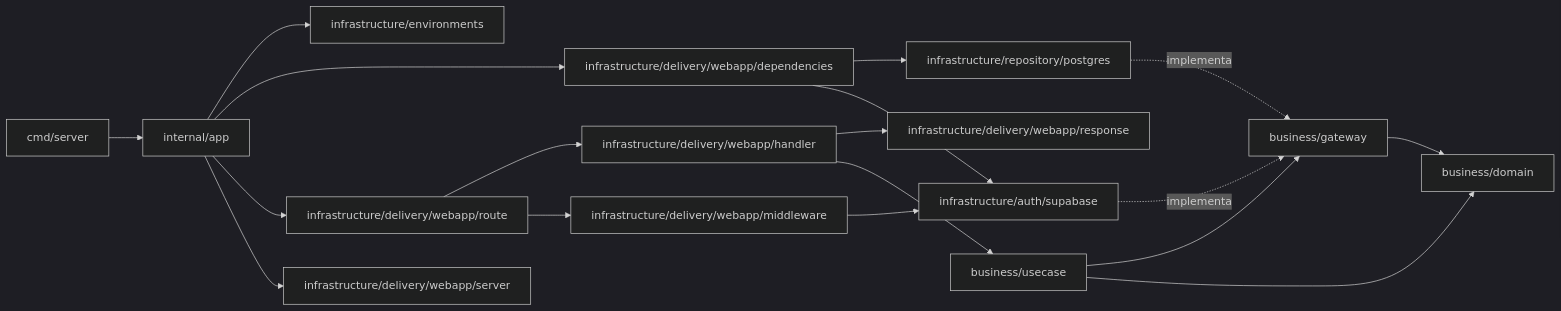
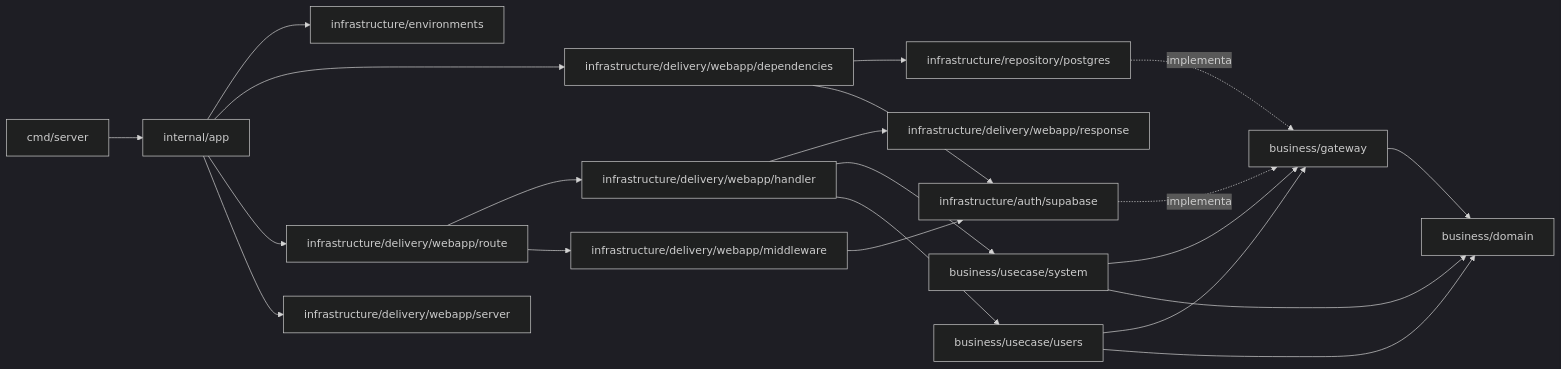
Before and after one commit to LoteoApp/LoteosAPP: the second of 2 diagrams in docs/architecture.md, drawn with Mermaid (dark theme). The commit also changed other lines of this file and 43 other files, not shown here.

````diff
--- a/docs/architecture.md
+++ b/docs/architecture.md
@@ -134,20 +162,23 @@
 ```mermaid
 flowchart LR
     main["cmd/server"] --> app["internal/app"]
     app --> environments["infrastructure/environments"]
     app --> deps["infrastructure/delivery/webapp/dependencies"]
     app --> route["infrastructure/delivery/webapp/route"]
     app --> server["infrastructure/delivery/webapp/server"]
     deps --> repo["infrastructure/repository/postgres"]
     deps --> supabase["infrastructure/auth/supabase"]
     route --> handler["infrastructure/delivery/webapp/handler"]
     route --> middleware["infrastructure/delivery/webapp/middleware"]
     middleware --> supabase
     handler --> response["infrastructure/delivery/webapp/response"]
-    handler --> usecase["business/usecase"]
+    handler --> usecaseSystem["business/usecase/system"]
+    handler --> usecaseUsers["business/usecase/users"]
     repo -.implementa.-> gateway["business/gateway"]
     supabase -.implementa.-> gateway
-    usecase --> gateway
-    usecase --> domain["business/domain"]
+    usecaseSystem --> gateway
+    usecaseUsers --> gateway
+    usecaseSystem --> domain["business/domain"]
+    usecaseUsers --> domain
     gateway --> domain
 ```
````
